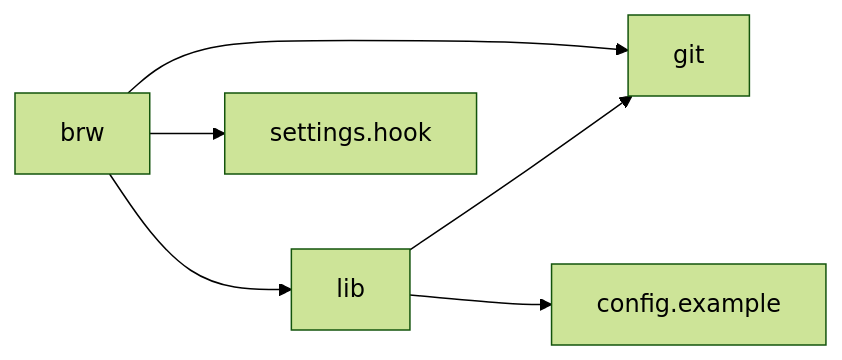
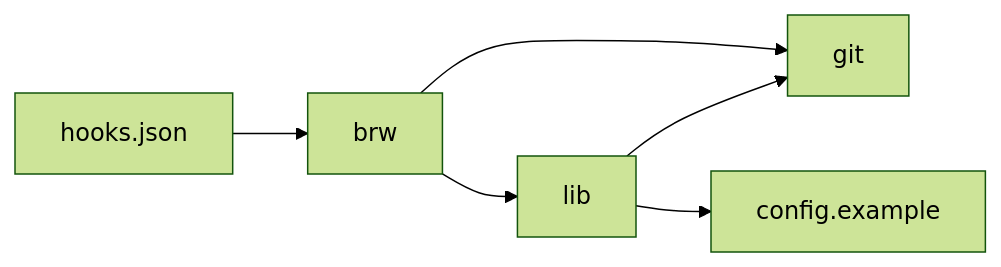
One commit to nekono-dev/branch-release-workflow changed the first of 2 diagrams in specs/branch-guard/design.md. Above: the diagram before and after it, drawn with Mermaid (forest theme). The commit also changed other lines of this file and 56 other files, not shown here.

````diff
--- a/specs/branch-guard/design.md
+++ b/specs/branch-guard/design.md
@@ -16,8 +17,8 @@
 ```mermaid
 flowchart LR
   brw --> lib
   brw --> ext_git["git"]
   lib --> ext_git
   lib --> example["config.example"]
-  brw --> settings_hook["settings.hook"]
+  hooks_json["hooks.json"] --> brw
 ```
````
